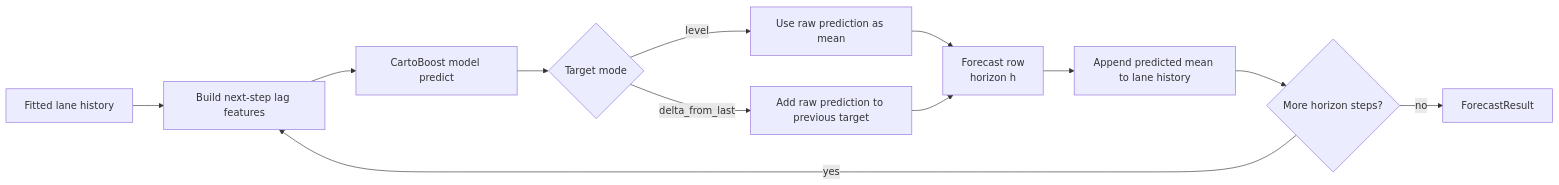
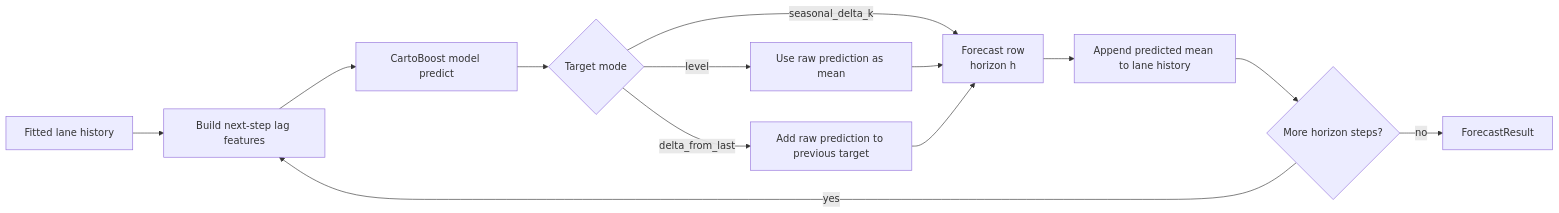
The second of 2 diagrams in docs/forecasting_lag_features.md (albrmar/cartoboost), drawn with Mermaid before and after one commit. The commit also changed other lines of this file and 60 other files, not shown here.

````diff
--- a/docs/forecasting_lag_features.md
+++ b/docs/forecasting_lag_features.md
@@ -123,14 +160,15 @@
 ```mermaid
 flowchart LR
     A["Fitted lane history"] --> B["Build next-step lag features"]
     B --> C["CartoBoost model predict"]
     C --> D{"Target mode"}
     D -- level --> E["Use raw prediction as mean"]
     D -- delta_from_last --> F["Add raw prediction to previous target"]
+    D -- seasonal_delta_k --> G["Add raw prediction to previous seasonal target"]
     E --> G["Forecast row<br/>horizon h"]
     F --> G
     G --> H["Append predicted mean to lane history"]
     H --> I{"More horizon steps?"}
     I -- yes --> B
     I -- no --> J["ForecastResult"]
 ```
````
